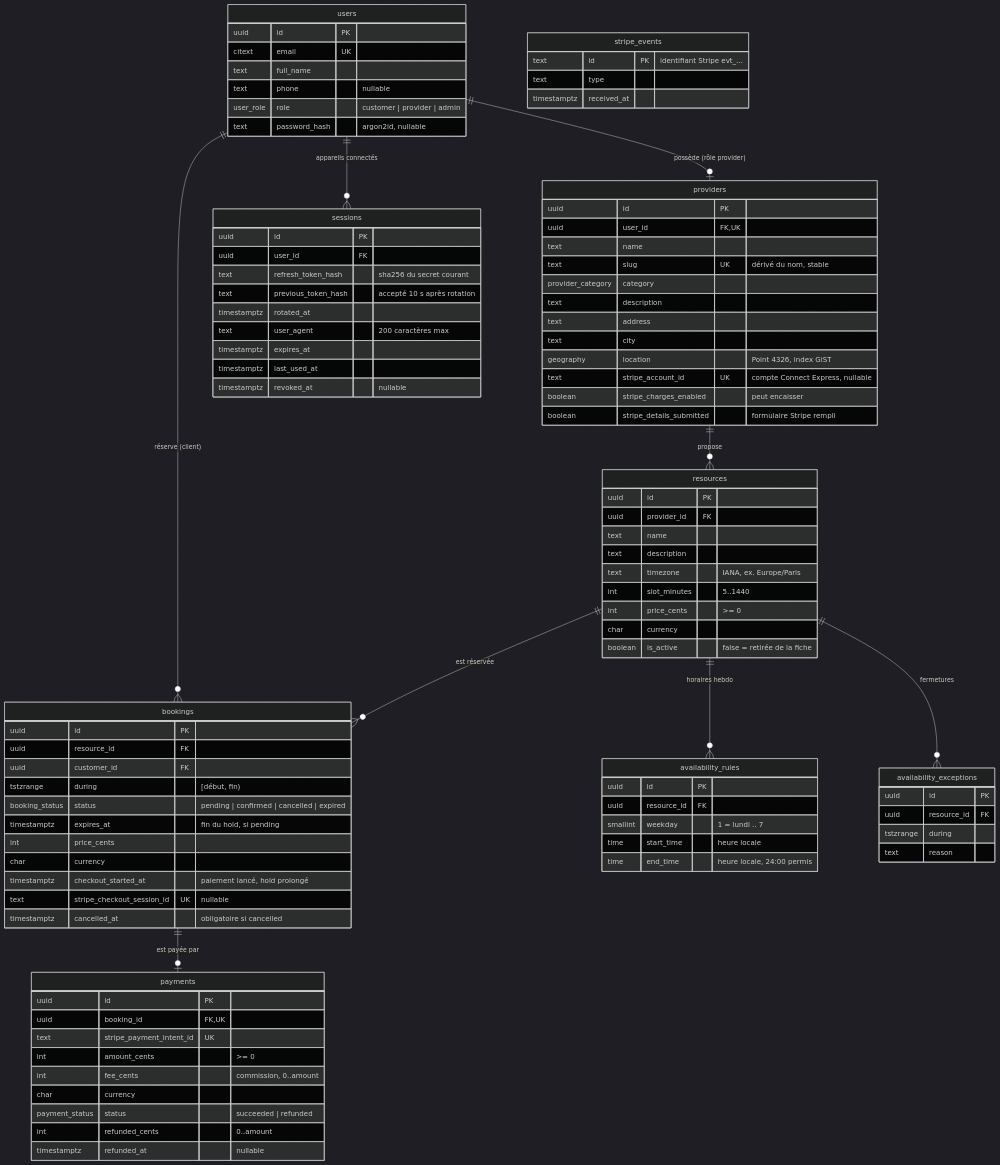
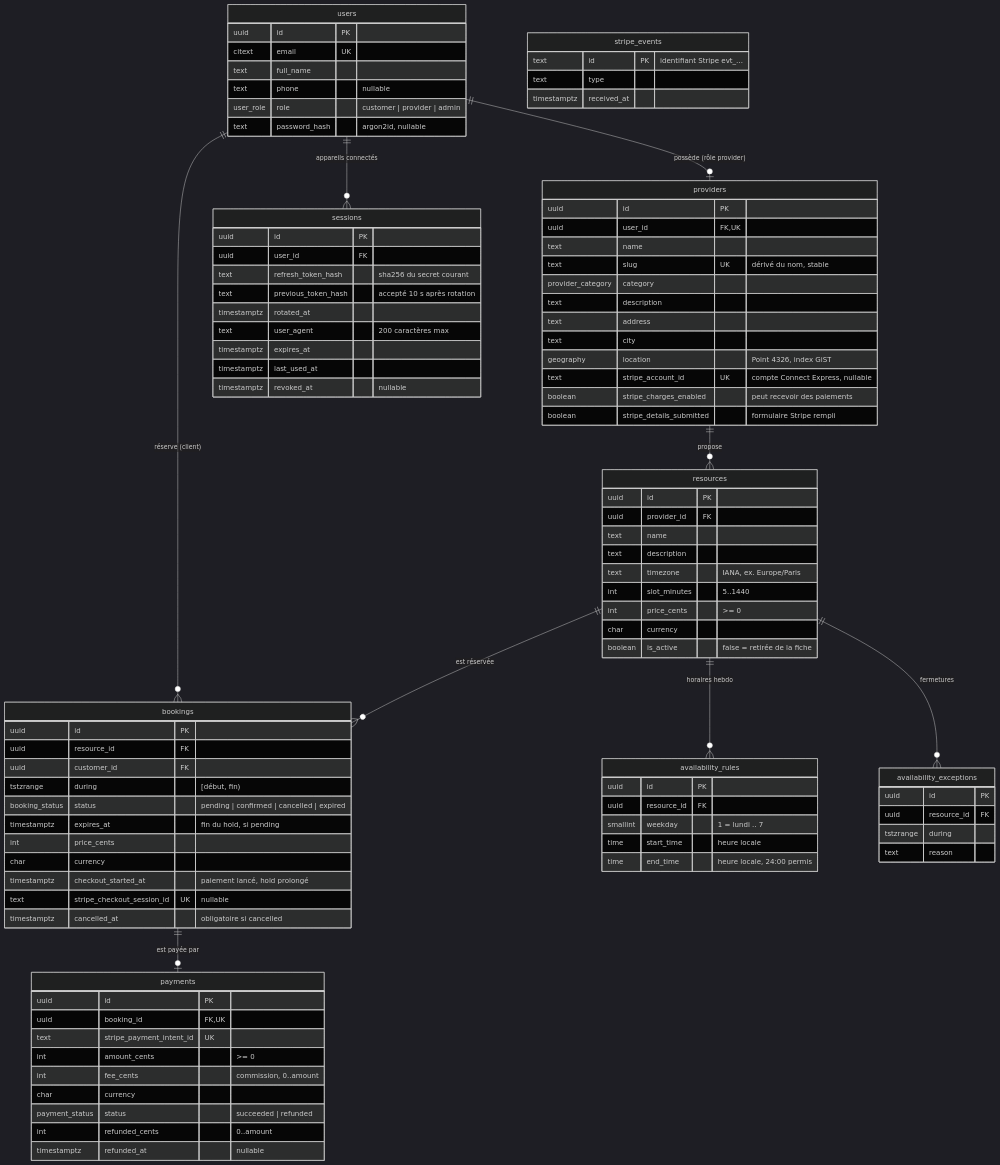
One commit to KasselFelix/Creno changed the diagram in docs/schema.md. Above: the diagram before and after it, drawn with Mermaid (dark theme). The commit also changed other lines of this file and 12 other files, not shown here.

```diff
--- a/docs/schema.md
+++ b/docs/schema.md
@@ -43,7 +43,7 @@
     text city
     geography location "Point 4326, index GiST"
     text stripe_account_id UK "compte Connect Express, nullable"
-    boolean stripe_charges_enabled "peut encaisser"
+    boolean stripe_charges_enabled "peut recevoir des paiements"
     boolean stripe_details_submitted "formulaire Stripe rempli"
   }
   resources {
```
